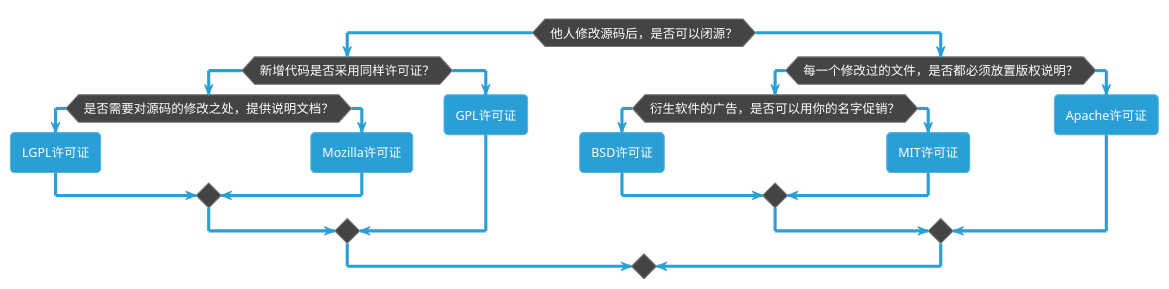
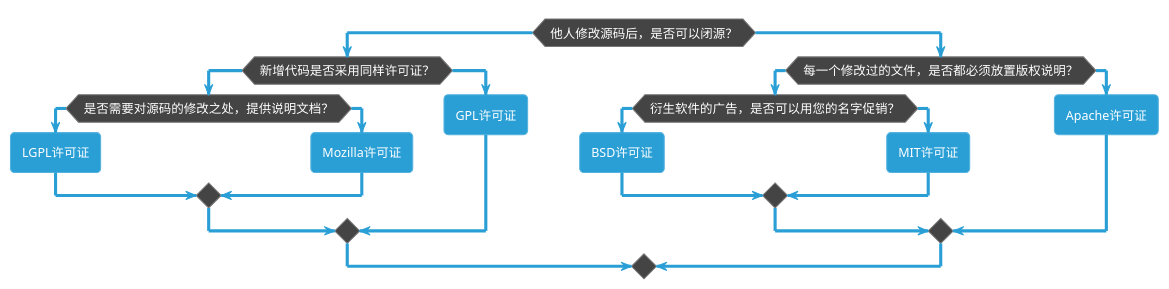
The diagram in 01.Articles/DevKit/Github.md (xihuanxiaorang/my-obsidian-notes), drawn with PlantUML before and after one commit. The commit also changed other lines of this file and 9 other files, not shown here.

````diff
--- a/01.Articles/DevKit/Github.md
+++ b/01.Articles/DevKit/Github.md
@@ -101,28 +114,28 @@
 ```plantuml
 @startuml
 !theme cyborg
 
 if (他人修改源码后，是否可以闭源？) then (no)
   if (新增代码是否采用同样许可证？) then (no)
     if (是否需要对源码的修改之处，提供说明文档？) then (no)
       :LGPL许可证;
     else (yes)
       :Mozilla许可证;
     endif
   else (yes)
     :GPL许可证;
   endif
 else (yes)
   if (每一个修改过的文件，是否都必须放置版权说明？) then (no)
-    if (衍生软件的广告，是否可以用你的名字促销？) then (no)
+    if (衍生软件的广告，是否可以用您的名字促销？) then (no)
       :BSD许可证;
     else (yes)
       :MIT许可证;
     endif
   else (yes)
     :Apache许可证;
   endif
 endif
 
 @enduml
 ```
````
